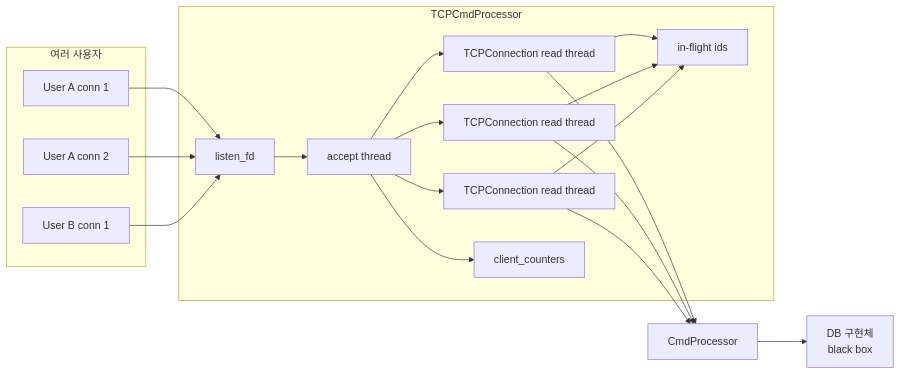
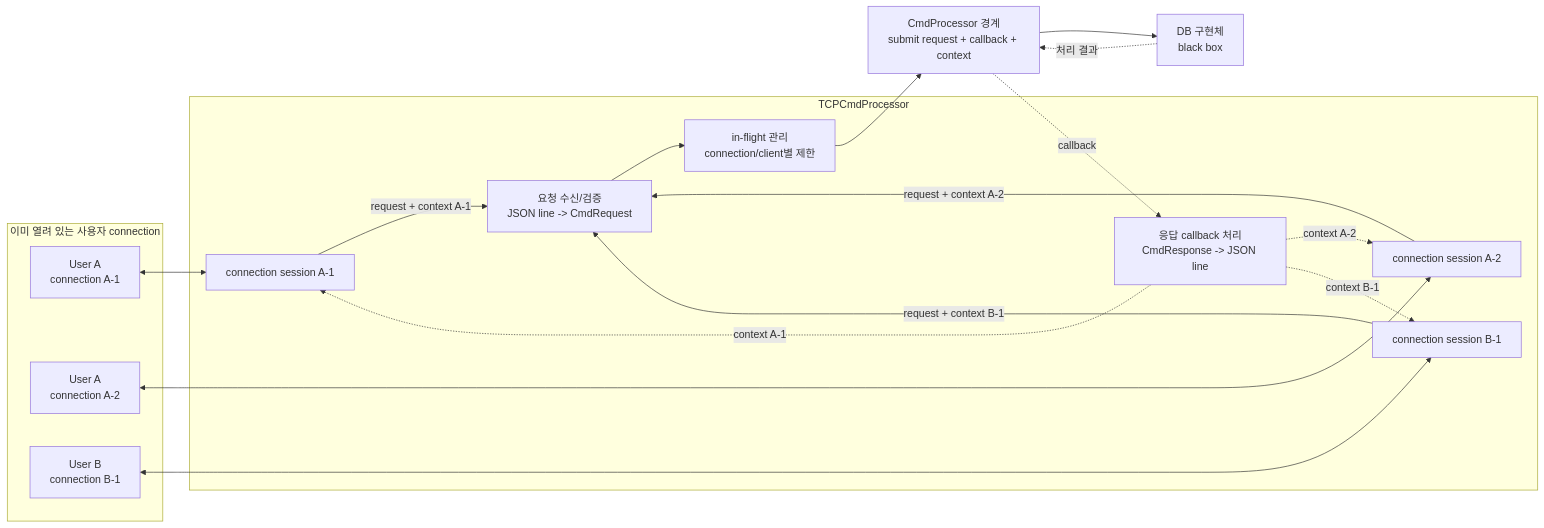
One commit to Wish-Upon-A-Star/SQL-B-Tree changed the first of 5 diagrams in docs/sijun-yang/004_tcp_cmd_processor_architecture_flow.md. Above: the diagram before and after it, drawn with Mermaid. The commit also changed other lines of this file, not shown here.

````diff
--- a/docs/sijun-yang/004_tcp_cmd_processor_architecture_flow.md
+++ b/docs/sijun-yang/004_tcp_cmd_processor_architecture_flow.md
@@ -55,37 +55,38 @@
 ```mermaid
 flowchart LR
-    subgraph Clients[여러 사용자]
-        A1[User A conn 1]
-        A2[User A conn 2]
-        B1[User B conn 1]
+    subgraph Clients[이미 열려 있는 사용자 connection]
+        A1[User A<br/>connection A-1]
+        A2[User A<br/>connection A-2]
+        B1[User B<br/>connection B-1]
     end
 
     subgraph TCP[TCPCmdProcessor]
-        Listen[listen_fd]
-        Accept[accept thread]
-        Conn1[TCPConnection read thread]
-        Conn2[TCPConnection read thread]
-        Conn3[TCPConnection read thread]
-        Counters[client_counters]
-        Inflight[in-flight ids]
+        S1[connection session A-1]
+        S2[connection session A-2]
+        S3[connection session B-1]
+        Intake[요청 수신/검증<br/>JSON line -> CmdRequest]
+        Inflight[in-flight 관리<br/>connection/client별 제한]
+        Callback[응답 callback 처리<br/>CmdResponse -> JSON line]
     end
 
-    Processor[CmdProcessor]
+    Processor["CmdProcessor 경계<br/>submit request + callback + context"]
     DB[DB 구현체<br/>black box]
 
-    A1 --> Listen
-    A2 --> Listen
-    B1 --> Listen
-    Listen --> Accept
-    Accept --> Conn1
-    Accept --> Conn2
-    Accept --> Conn3
-    Accept --> Counters
-    Conn1 --> Inflight
-    Conn2 --> Inflight
-    Conn3 --> Inflight
-    Conn1 --> Processor
-    Conn2 --> Processor
-    Conn3 --> Processor
+    A1 <--> S1
+    A2 <--> S2
+    B1 <--> S3
+
+    S1 -- request + context A-1 --> Intake
+    S2 -- request + context A-2 --> Intake
+    S3 -- request + context B-1 --> Intake
+
+    Intake --> Inflight
+    Inflight --> Processor
     Processor --> DB
+    DB -. 처리 결과 .-> Processor
+    Processor -. callback .-> Callback
+
+    Callback -. context A-1 .-> S1
+    Callback -. context A-2 .-> S2
+    Callback -. context B-1 .-> S3
 ```
````
